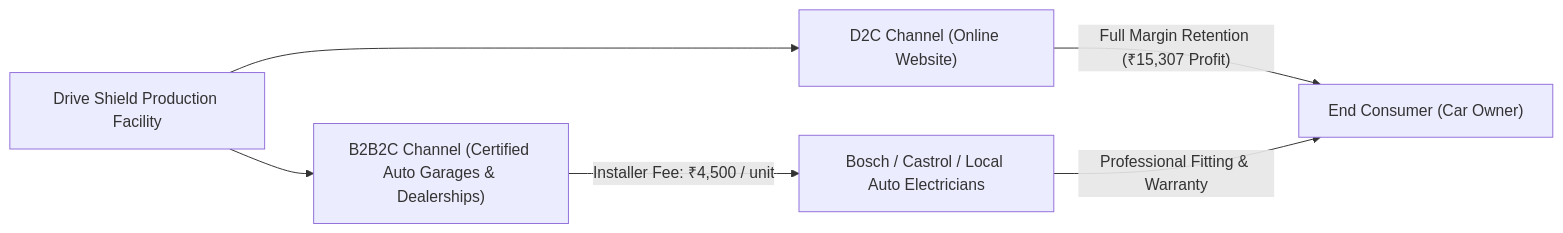
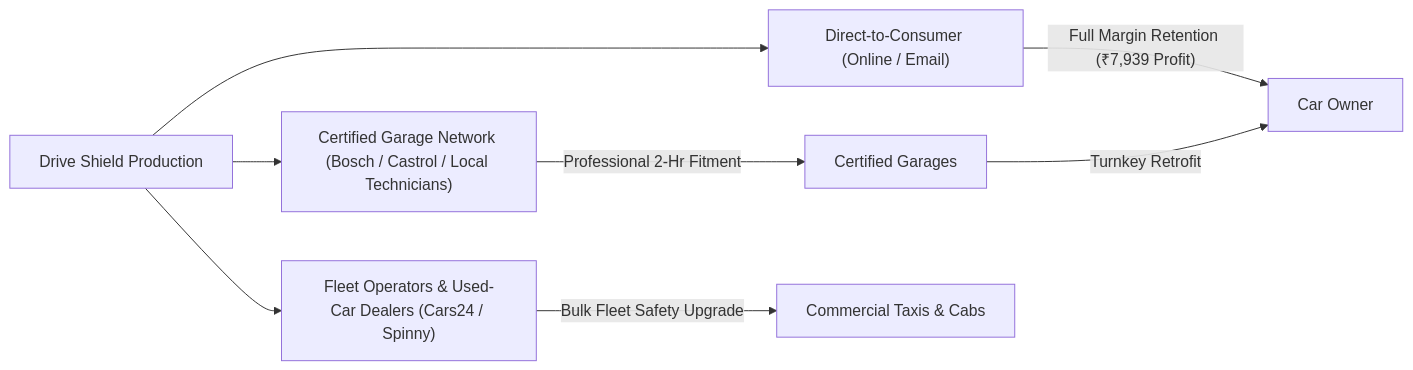
Before and after one commit to Agrim-ops/LPL: the diagram in COST_PLAN.md, drawn with Mermaid. The commit also changed other lines of this file and 3 other files, not shown here.

````diff
--- a/COST_PLAN.md
+++ b/COST_PLAN.md
@@ -113,9 +91,11 @@
 ```mermaid
 graph LR
-    FACTORY["Drive Shield Production Facility"] --> D2C["D2C Channel (Online Website)"]
-    FACTORY --> B2B2C["B2B2C Channel (Certified Auto Garages & Dealerships)"]
+    FACTORY["Drive Shield Production"] --> D2C["Direct-to-Consumer (Online / Email)"]
+    FACTORY --> B2B2C["Certified Garage Network (Bosch / Castrol / Local Technicians)"]
+    FACTORY --> FLEET["Fleet Operators & Used-Car Dealers (Cars24 / Spinny)"]
     
-    D2C -->|"Full Margin Retention (₹15,307 Profit)"| CUSTOMER["End Consumer (Car Owner)"]
-    B2B2C -->|"Installer Fee: ₹4,500 / unit"| GARAGE["Bosch / Castrol / Local Auto Electricians"]
-    GARAGE -->|"Professional Fitting & Warranty"| CUSTOMER
+    D2C -->|"Full Margin Retention (₹7,939 Profit)"| CUSTOMER["Car Owner"]
+    B2B2C -->|"Professional 2-Hr Fitment"| GARAGE["Certified Garages"]
+    GARAGE -->|"Turnkey Retrofit"| CUSTOMER
+    FLEET -->|"Bulk Fleet Safety Upgrade"| COMMERCIAL["Commercial Taxis & Cabs"]
 ```
````
